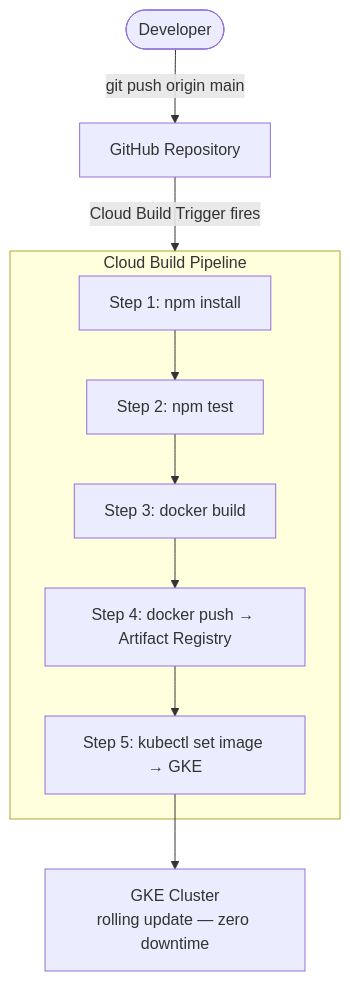
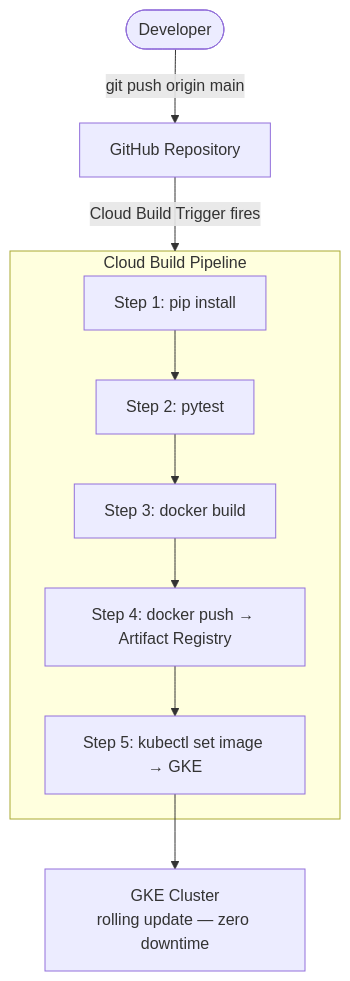
Before and after one commit to ulises-jimenez07/cc-gcp: the first of 2 diagrams in web_app_gcp/phase4_containers/03_automated_cicd.md, drawn with Mermaid. The commit also changed other lines of this file and 37 other files, not shown here.

````diff
--- a/web_app_gcp/phase4_containers/03_automated_cicd.md
+++ b/web_app_gcp/phase4_containers/03_automated_cicd.md
@@ -5,12 +5,12 @@
 ```mermaid
 graph TD
     Dev([Developer]) -- "git push origin main" --> GH[GitHub Repository]
     GH -- "Cloud Build Trigger fires" --> CB
     subgraph CB[Cloud Build Pipeline]
-        S1["Step 1: npm install"] --> S2["Step 2: npm test"]
+        S1["Step 1: pip install"] --> S2["Step 2: pytest"]
         S2 --> S3["Step 3: docker build"]
         S3 --> S4["Step 4: docker push → Artifact Registry"]
         S4 --> S5["Step 5: kubectl set image → GKE"]
     end
     S5 --> GKE["GKE Cluster\nrolling update — zero downtime"]
 ```
````
